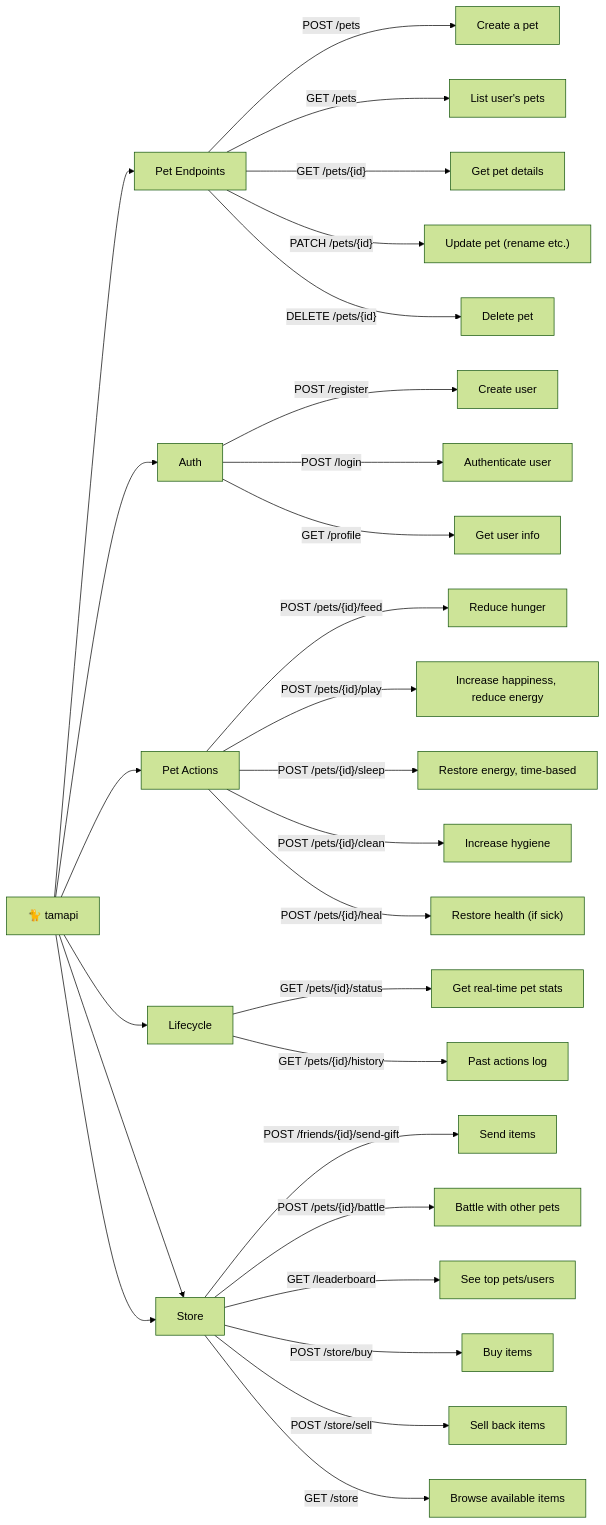
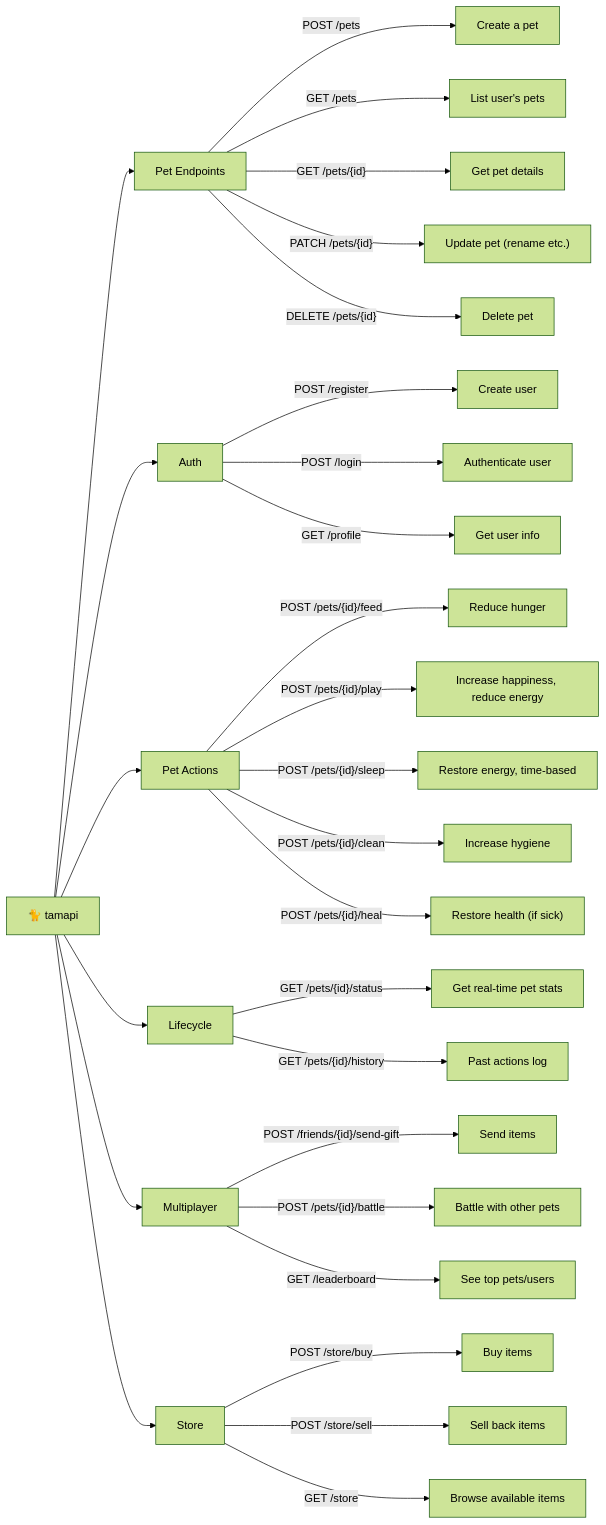
Before and after one commit to dybdeskarphet/tamapi: the diagram in doc/plan.md, drawn with Mermaid (forest theme). The commit also changed 1 other file, not shown here.

Commit message:
docs: Add todo and fix plan flowchart

````diff
--- a/doc/plan.md
+++ b/doc/plan.md
@@ -5,30 +5,30 @@
 ```mermaid
 graph LR;
 	main["🐈 tamapi"]-->pe["Pet Endpoints"];
 	pe-->|"POST /pets"|createpet["Create a pet"];
 	pe-->|"GET /pets"|getpets["List user's pets"];
 	pe-->|"GET /pets/{id}"|getpetid["Get pet details"];
 	pe-->|"PATCH /pets/{id}"|patchpet["Update pet (rename etc.)"];
 	pe-->|"DELETE /pets/{id}"|deletepet["Delete pet"];
 	main["🐈 tamapi"]-->auth["Auth"];
 	auth-->|"POST /register"|register["Create user"]
 	auth-->|"POST /login"|login["Authenticate user"]
 	auth-->|"GET /profile"|profile["Get user info"]
 	main["🐈 tamapi"]-->pac["Pet Actions"];
 	pac["Pet Actions"]-->|"POST /pets/{id}/feed"|petfeed["Reduce hunger"]
 	pac["Pet Actions"]-->|"POST /pets/{id}/play"|petplay["Increase happiness, reduce energy"]
 	pac["Pet Actions"]-->|"POST /pets/{id}/sleep"|petsleep["Restore energy, time-based"]
 	pac["Pet Actions"]-->|"POST /pets/{id}/clean"|petclean["Increase hygiene"]
 	pac["Pet Actions"]-->|"POST /pets/{id}/heal"|petheal["Restore health (if sick)"]
 	main["🐈 tamapi"]-->plc["Lifecycle"];
     plc-->|"GET /pets/{id}/status"|petstatus["Get real-time pet stats"]
     plc-->|"GET /pets/{id}/history"|pethistory["Past actions log"]
 	main["🐈 tamapi"]-->pmp["Multiplayer"];
     pmp-->|"POST /friends/{id}/send-gift"|petgift["Send items"]
     pmp-->|"POST /pets/{id}/battle"|petbattle["Battle with other pets"]
     pmp-->|"GET /leaderboard"|leaderbord["See top pets/users"]
-	main["🐈 tamapi"]-->pmp["Store"];
-    pmp-->|"POST /store/buy"|butstore["Buy items"]
-    pmp-->|"POST /store/sell"|sellstore["Sell back items"]
-    pmp-->|"GET /store"|browsestore["Browse available items"]
+	main["🐈 tamapi"]-->pst["Store"];
+    pst-->|"POST /store/buy"|butstore["Buy items"]
+    pst-->|"POST /store/sell"|sellstore["Sell back items"]
+    pst-->|"GET /store"|browsestore["Browse available items"]
 ```
````
